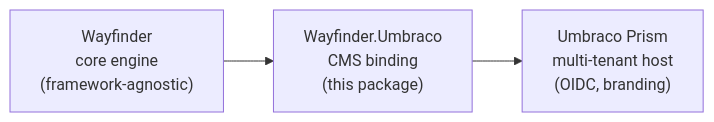
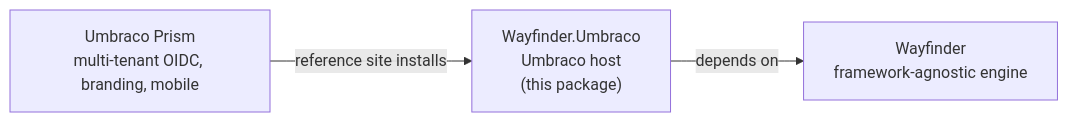
The third of 3 diagrams in README.md (jonnymuir/Wayfinder.Umbraco), drawn with Mermaid before and after one commit. The commit also changed other lines of this file and 24 other files, not shown here.

````diff
--- a/README.md
+++ b/README.md
@@ -291,5 +401,5 @@
 ```mermaid
 graph LR
-  WF["Wayfinder<br/>core engine<br/>(framework-agnostic)"] --> WFU["Wayfinder.Umbraco<br/>CMS binding<br/>(this package)"]
-  WFU --> PRISM["Umbraco Prism<br/>multi-tenant host<br/>(OIDC, branding)"]
+  PRISM["Umbraco Prism<br/>multi-tenant OIDC, branding, mobile"] -- "reference site installs" --> WFU["Wayfinder.Umbraco<br/>Umbraco host<br/>(this package)"]
+  WFU -- "depends on" --> WF["Wayfinder<br/>framework-agnostic engine"]
 ```
````
